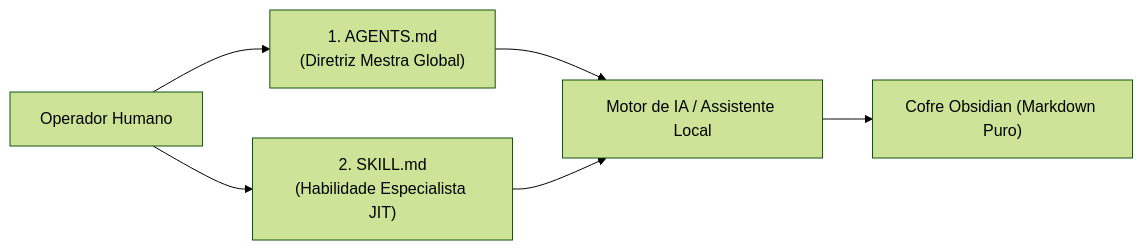
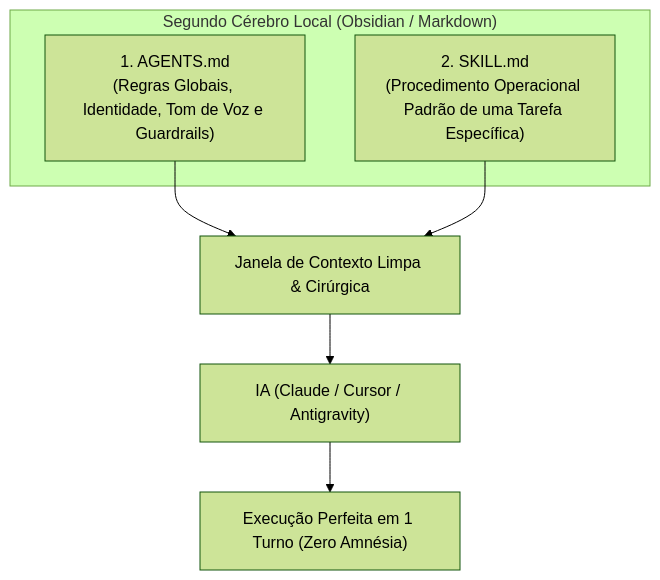
The second of 2 diagrams in content/01_IA_e_Segundo_Cerebro/03-ia-na-pratica-o-operador-no-comando-e-contexting.md (7arthurfmelo-source/wiki), drawn with Mermaid (forest theme) before and after one commit. The commit also changed other lines of this file and 4 other files, not shown here.

````diff
--- a/content/01_IA_e_Segundo_Cerebro/03-ia-na-pratica-o-operador-no-comando-e-contexting.md
+++ b/content/01_IA_e_Segundo_Cerebro/03-ia-na-pratica-o-operador-no-comando-e-contexting.md
@@ -98,8 +98,12 @@
 ```mermaid
-graph LR
-    User["Operador Humano"] --> AgentMD["1. AGENTS.md<br>(Diretriz Mestra Global)"]
-    User --> SkillMD["2. SKILL.md<br>(Habilidade Especialista JIT)"]
-    AgentMD --> Engine["Motor de IA / Assistente Local"]
-    SkillMD --> Engine
-    Engine --> Vault["Cofre Obsidian (Markdown Puro)"]
+graph TD
+    subgraph Segundo_Cerebro ["Segundo Cérebro Local (Obsidian / Markdown)"]
+        A["1. AGENTS.md<br>(Regras Globais, Identidade, Tom de Voz e Guardrails)"]
+        S["2. SKILL.md<br>(Procedimento Operacional Padrão de uma Tarefa Específica)"]
+    end
+    
+    A --> Context["Janela de Contexto Limpa & Cirúrgica"]
+    S --> Context
+    Context --> LLM["IA (Claude / Cursor / Antigravity)"]
+    LLM --> Out["Execução Perfeita em 1 Turno (Zero Amnésia)"]
 ```
````
